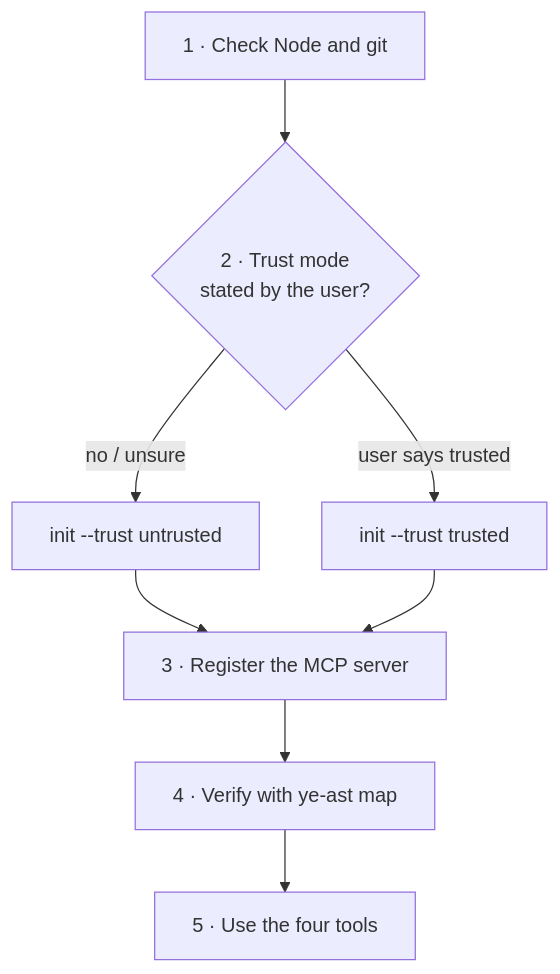
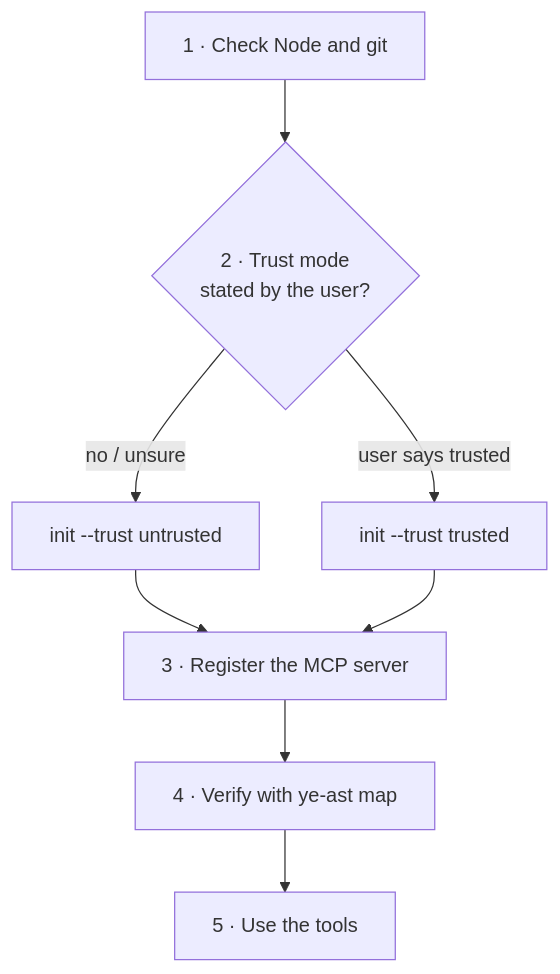
Before and after one commit to ArielFalcon/ye-ast: the first of 3 diagrams in README.md, drawn with Mermaid. The commit also changed other lines of this file, not shown here.

First line of the commit message:
docs(readme): document the current CLI, MCP tools, compose and fault kinds

````diff
--- a/README.md
+++ b/README.md
@@ -60,10 +60,10 @@
 ```mermaid
 flowchart TD
     S1["1 · Check Node and git"] --> S2{"2 · Trust mode<br/>stated by the user?"}
     S2 -->|"no / unsure"| U["init --trust untrusted"]
     S2 -->|"user says trusted"| T["init --trust trusted"]
     U --> S3["3 · Register the MCP server"]
     T --> S3
     S3 --> S4["4 · Verify with ye-ast map"]
-    S4 --> S5["5 · Use the four tools"]
+    S4 --> S5["5 · Use the tools"]
 ```
````
